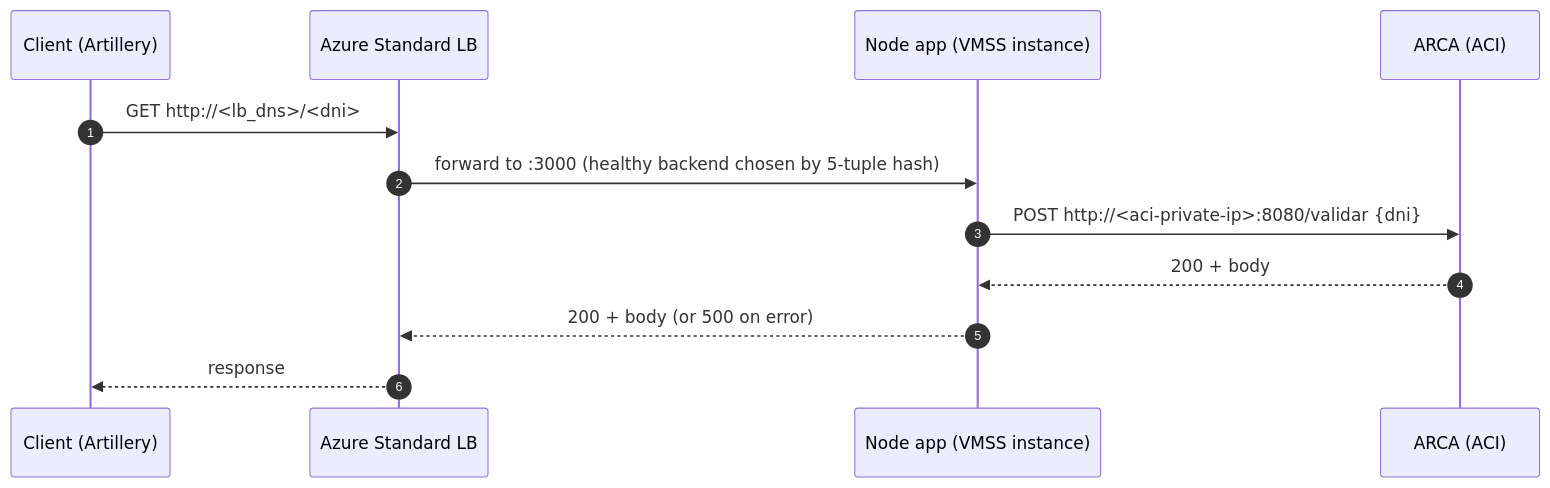
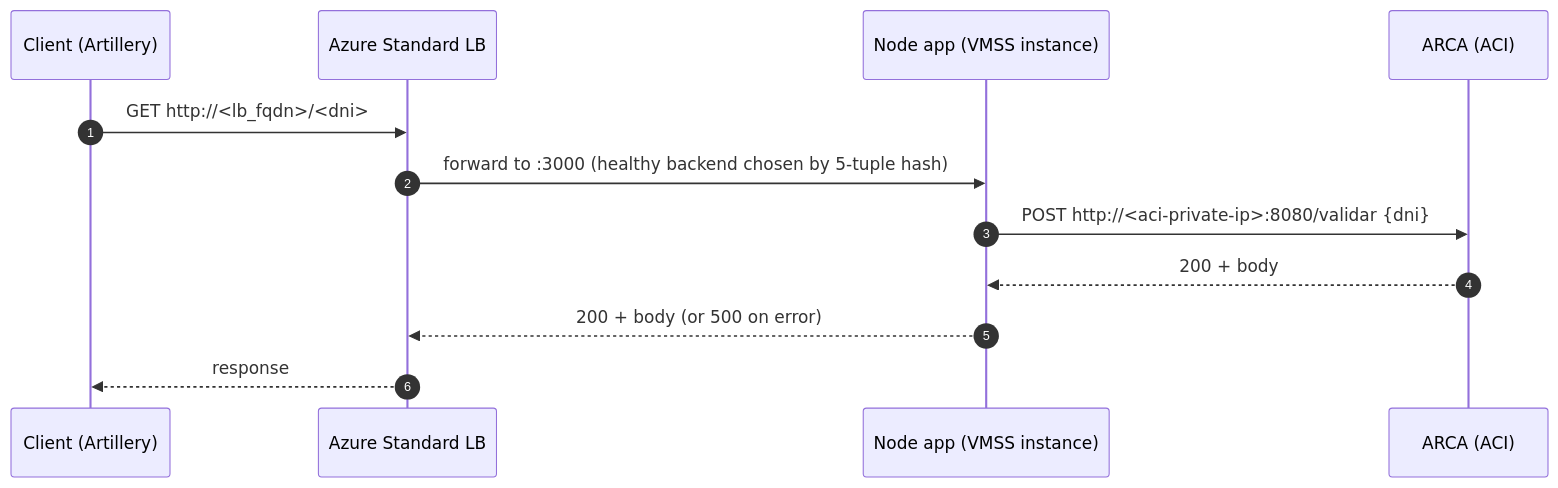
Before and after one commit to tcorzo/fiuba-2026C2-arq-tp2: the second of 3 diagrams in docs/infra/overview.md, drawn with Mermaid. The commit also changed other lines of this file and 4 other files, not shown here.

````diff
--- a/docs/infra/overview.md
+++ b/docs/infra/overview.md
@@ -117,15 +117,15 @@
 ```mermaid
 sequenceDiagram
     autonumber
     participant C as Client (Artillery)
     participant LB as Azure Standard LB
     participant N as Node app (VMSS instance)
     participant A as ARCA (ACI)
 
-    C->>LB: GET http://<lb_dns>/<dni>
+    C->>LB: GET http://<lb_fqdn>/<dni>
     LB->>N: forward to :3000 (healthy backend chosen by 5-tuple hash)
     N->>A: POST http://<aci-private-ip>:8080/validar {dni}
     A-->>N: 200 + body
     N-->>LB: 200 + body (or 500 on error)
     LB-->>C: response
 ```
````
